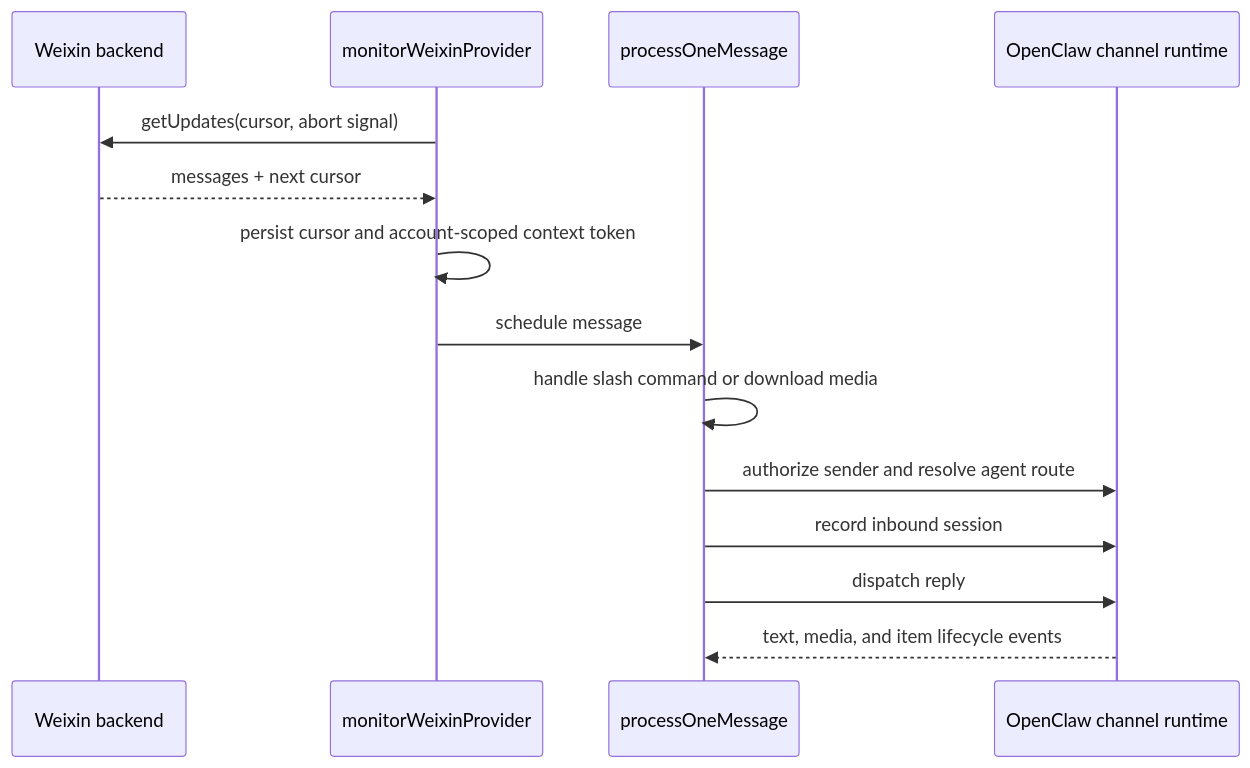
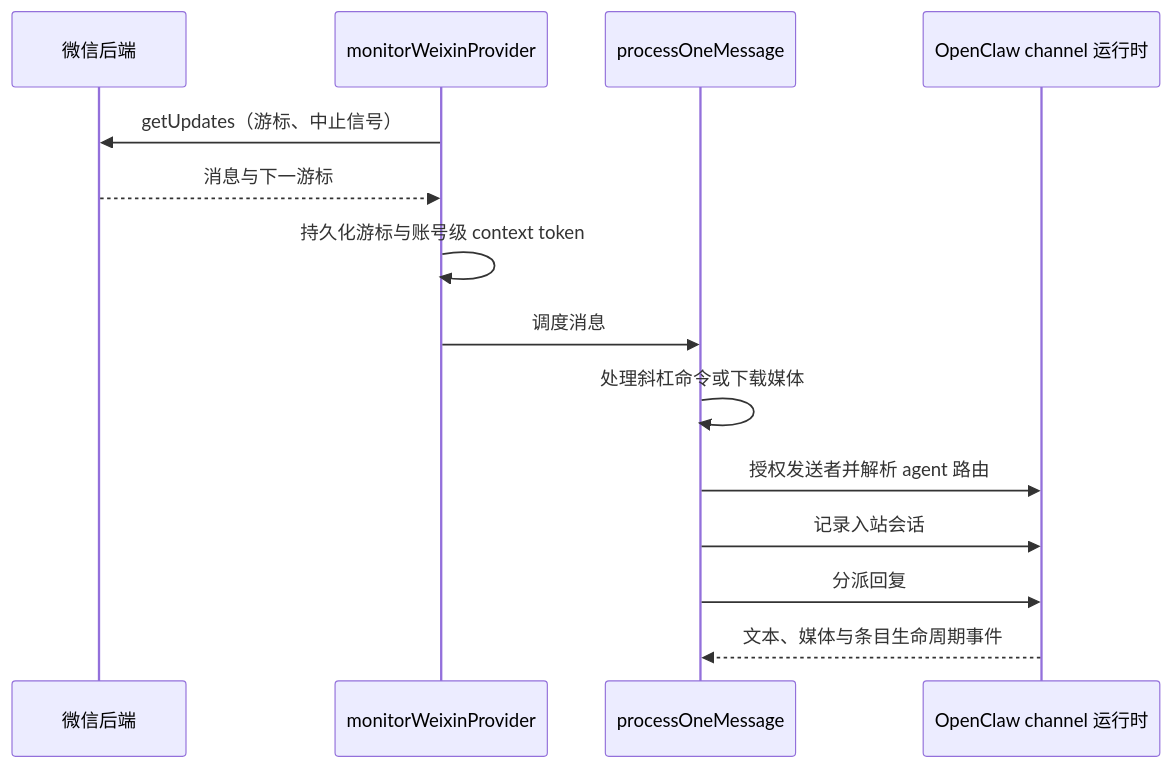
One commit to NewFuture/openclaw-weixin changed the second of 3 diagrams in docs/architecture.md. Above: the diagram before and after it, drawn with Mermaid. The commit also changed other lines of this file and 21 other files, not shown here.

````diff
--- a/docs/architecture.md
+++ b/docs/architecture.md
@@ -49,17 +48,17 @@
 ```mermaid
 sequenceDiagram
-  participant Backend as Weixin backend
+  participant Backend as 微信后端
   participant Monitor as monitorWeixinProvider
   participant Processor as processOneMessage
-  participant Runtime as OpenClaw channel runtime
+  participant Runtime as OpenClaw channel 运行时
 
-  Monitor->>Backend: getUpdates(cursor, abort signal)
-  Backend-->>Monitor: messages + next cursor
-  Monitor->>Monitor: persist cursor and account-scoped context token
-  Monitor->>Processor: schedule message
-  Processor->>Processor: handle slash command or download media
-  Processor->>Runtime: authorize sender and resolve agent route
-  Processor->>Runtime: record inbound session
-  Processor->>Runtime: dispatch reply
-  Runtime-->>Processor: text, media, and item lifecycle events
+  Monitor->>Backend: getUpdates（游标、中止信号）
+  Backend-->>Monitor: 消息与下一游标
+  Monitor->>Monitor: 持久化游标与账号级 context token
+  Monitor->>Processor: 调度消息
+  Processor->>Processor: 处理斜杠命令或下载媒体
+  Processor->>Runtime: 授权发送者并解析 agent 路由
+  Processor->>Runtime: 记录入站会话
+  Processor->>Runtime: 分派回复
+  Runtime-->>Processor: 文本、媒体与条目生命周期事件
 ```
````
